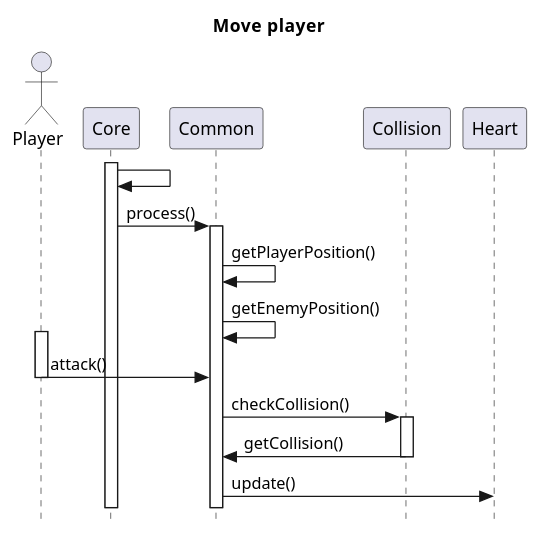
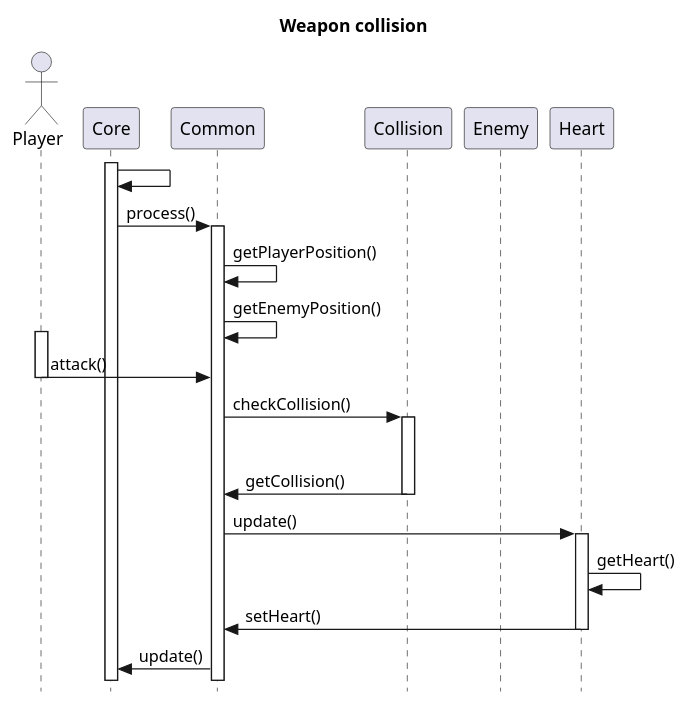
Before and after one commit to sesem4/Nelda: the second of 2 diagrams in docs/diagrams/SequenceDiagram.puml, drawn with PlantUML.

Commit message:
added a collision between player attack and enemy.

```diff
--- a/docs/diagrams/SequenceDiagram.puml
+++ b/docs/diagrams/SequenceDiagram.puml
@@ -26,22 +26,31 @@
 @startuml
 skinparam style strictuml
-title Move  player
+title Weapon collision
 Actor Player
+
 activate Core
 Core -> Core
 
 Core -> Common: process()
 activate Common
 Common -> Common: getPlayerPosition()
 Common -> Common: getEnemyPosition()
 activate Player
 Player -> Common: attack()
 deactivate Player
 Common -> Collision: checkCollision()
 activate Collision
+deactivate Enemy
 Collision -> Common: getCollision()
 deactivate Collision
 Common -> Heart: update()
+activate Heart
+Heart -> Heart: getHeart()
+Heart -> Common: setHeart()
+deactivate Heart
+Common -> Core: update()
+
+
 
 
 @enduml
```
